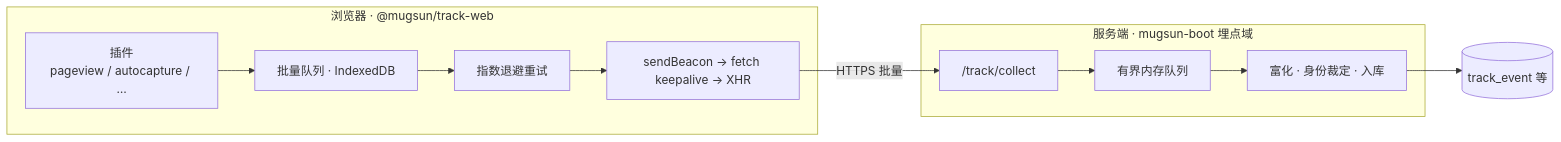
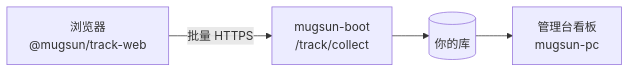
One commit to mugsun/mugsun-track changed the diagram in README.md. Above: the diagram before and after it, drawn with Mermaid. The commit also changed other lines of this file and 1 other file, not shown here.

````diff
--- a/README.md
+++ b/README.md
@@ -29,18 +63,6 @@
 ```mermaid
 flowchart LR
-  subgraph browser["浏览器 · @mugsun/track-web"]
-    P["插件<br/>pageview / autocapture / …"]
-    Q["批量队列 · IndexedDB"]
-    R["指数退避重试"]
-    T["sendBeacon → fetch keepalive → XHR"]
-    P --> Q --> R --> T
-  end
-  subgraph server["服务端 · mugsun-boot 埋点域"]
-    I["/track/collect"]
-    B["有界内存队列"]
-    C["富化 · 身份裁定 · 入库"]
-    I --> B --> C
-  end
-  T -->|HTTPS 批量| I
-  C --> DB[("track_event 等")]
+  A["浏览器<br/>@mugsun/track-web"] -->|批量 HTTPS| B["mugsun-boot<br/>/track/collect"]
+  B --> C[("你的库")]
+  C --> D["管理台看板<br/>mugsun-pc"]
 ```
````
